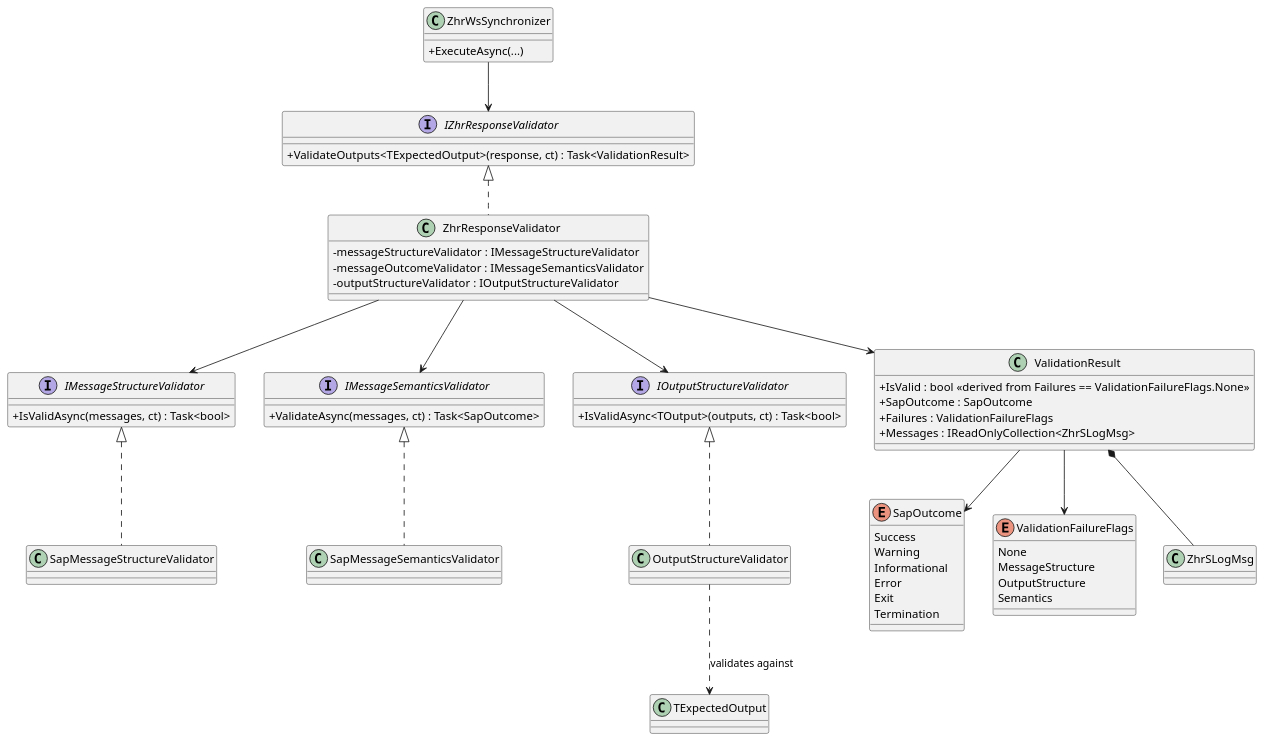
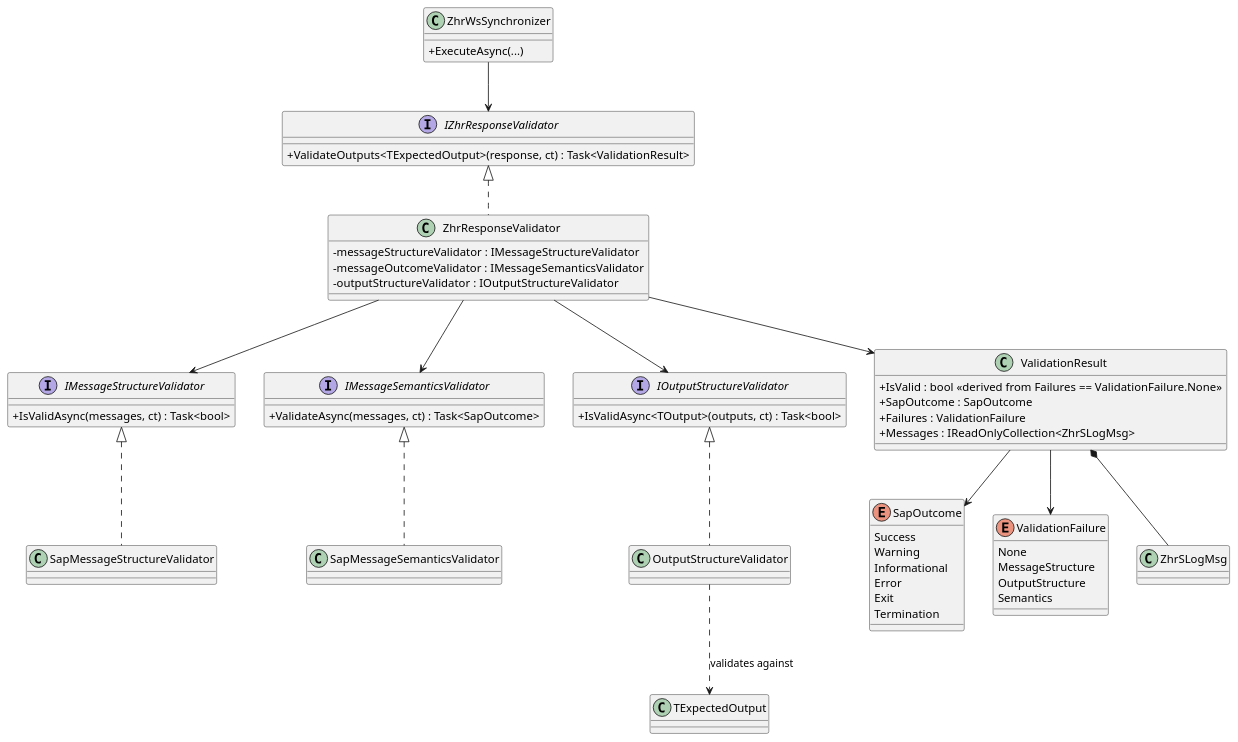
Before and after one commit to Raimundo82/pessoas-integracao: the diagram in docs/adr/003-SYNC-sigdn-response-validation.md, drawn with PlantUML. The commit also changed 2 other files, not shown here.

Commit message:
fix(sync): fix code smell in naming

````diff
--- a/docs/adr/003-SYNC-sigdn-response-validation.md
+++ b/docs/adr/003-SYNC-sigdn-response-validation.md
@@ -264,82 +264,82 @@
 ```plantuml
 @startuml
 
 skinparam classAttributeIconSize 0
 
 class ZhrWsSynchronizer {
     +ExecuteAsync(...)
 }
 
 interface IZhrResponseValidator {
     +ValidateOutputs<TExpectedOutput>(response, ct) : Task<ValidationResult>
 }
 
 class ZhrResponseValidator {
     -messageStructureValidator : IMessageStructureValidator
     -messageOutcomeValidator : IMessageSemanticsValidator
     -outputStructureValidator : IOutputStructureValidator
 }
 
 interface IMessageStructureValidator {
     +IsValidAsync(messages, ct) : Task<bool>
 }
 
 interface IMessageSemanticsValidator {
     +ValidateAsync(messages, ct) : Task<SapOutcome>
 }
 
 interface IOutputStructureValidator {
     +IsValidAsync<TOutput>(outputs, ct) : Task<bool>
 }
 
 class SapMessageStructureValidator
 class SapMessageSemanticsValidator
 class OutputStructureValidator
 
 class ValidationResult {
-    +IsValid : bool <<derived from Failures == ValidationFailureFlags.None>>
+    +IsValid : bool <<derived from Failures == ValidationFailure.None>>
     +SapOutcome : SapOutcome
-    +Failures : ValidationFailureFlags
+    +Failures : ValidationFailure
     +Messages : IReadOnlyCollection<ZhrSLogMsg>
 }
 
 enum SapOutcome {
     Success
     Warning
     Informational
     Error
     Exit
     Termination
 }
 
-enum ValidationFailureFlags {
+enum ValidationFailure {
     None
     MessageStructure
     OutputStructure
     Semantics
 }
 
 class ZhrSLogMsg
 
 ZhrWsSynchronizer --> IZhrResponseValidator
 
 IZhrResponseValidator <|.. ZhrResponseValidator
 
 ZhrResponseValidator --> IMessageStructureValidator
 ZhrResponseValidator --> IMessageSemanticsValidator
 ZhrResponseValidator --> IOutputStructureValidator
 
 IMessageStructureValidator <|.. SapMessageStructureValidator
 IMessageSemanticsValidator <|.. SapMessageSemanticsValidator
 IOutputStructureValidator <|.. OutputStructureValidator
 
 ZhrResponseValidator --> ValidationResult
 
 ValidationResult *-- ZhrSLogMsg
 ValidationResult --> SapOutcome
-ValidationResult --> ValidationFailureFlags
+ValidationResult --> ValidationFailure
 
 OutputStructureValidator ..> TExpectedOutput : validates against
 
 @enduml
 ```
````
